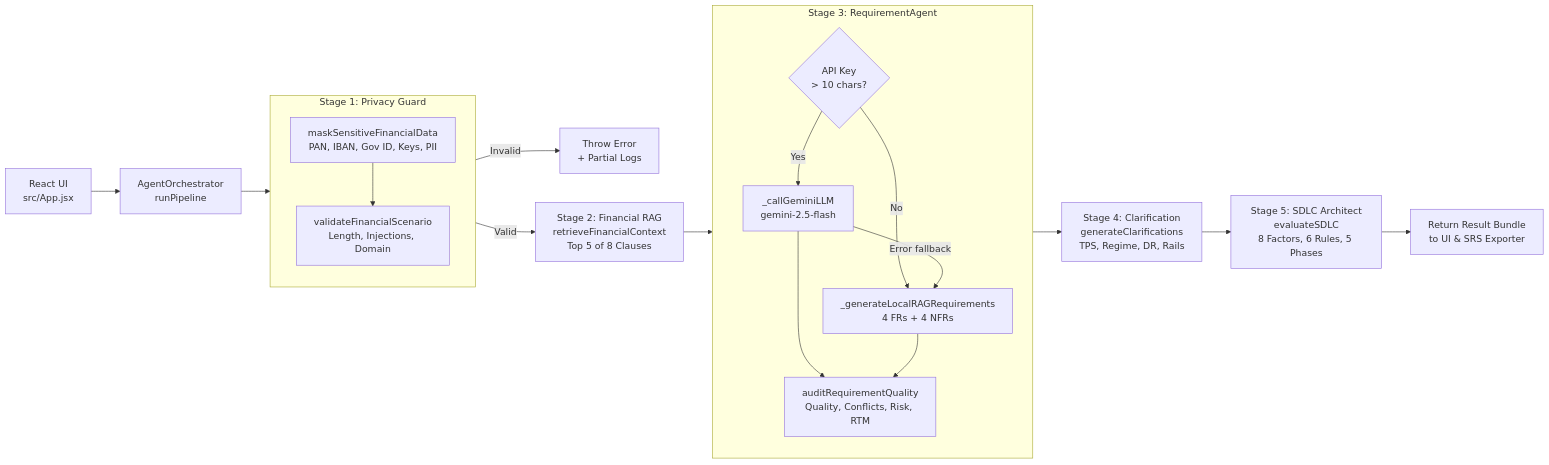
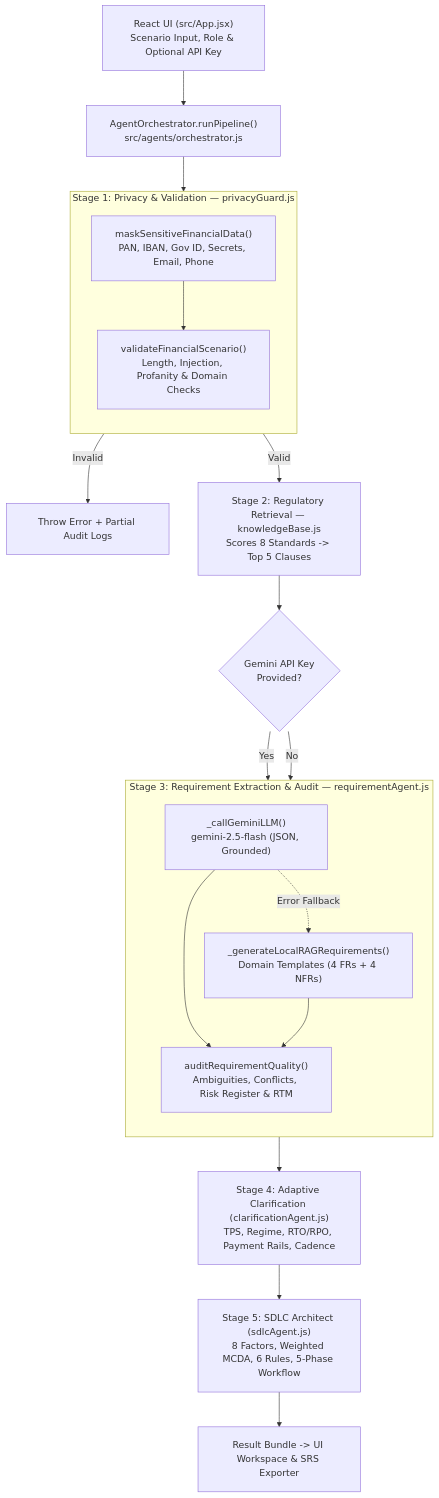
One commit to shivamkumar87/finreq-ai changed the first of 2 diagrams in ARCHITECTURE.md. Above: the diagram before and after it, drawn with Mermaid. The commit also changed other lines of this file and 1 other file, not shown here.

Commit message:
docs: use spacious portrait layout for flow diagrams

````diff
--- a/ARCHITECTURE.md
+++ b/ARCHITECTURE.md
@@ -14,36 +14,38 @@
 ```mermaid
-flowchart LR
-    UI["React UI\nsrc/App.jsx"]
-    Orch["AgentOrchestrator\nrunPipeline"]
+%%{init: {'flowchart': {'rankSpacing': 60, 'nodeSpacing': 50, 'padding': 20, 'curve': 'basis'}}}%%
+flowchart TD
+    UI["React UI (src/App.jsx)\nScenario Input, Role & Optional API Key"]
+    Orch["AgentOrchestrator.runPipeline()\nsrc/agents/orchestrator.js"]
 
-    subgraph S1["Stage 1: Privacy Guard"]
+    subgraph S1["Stage 1: Privacy & Validation — privacyGuard.js"]
         direction TB
-        Mask["maskSensitiveFinancialData\nPAN, IBAN, Gov ID, Keys, PII"]
-        Val["validateFinancialScenario\nLength, Injections, Domain"]
+        Mask["maskSensitiveFinancialData()\nPAN, IBAN, Gov ID, Secrets, Email, Phone"]
+        Val["validateFinancialScenario()\nLength, Injection, Profanity & Domain Checks"]
         Mask --> Val
     end
 
-    Err["Throw Error\n+ Partial Logs"]
-    RAG["Stage 2: Financial RAG\nretrieveFinancialContext\nTop 5 of 8 Clauses"]
+    Err["Throw Error + Partial Audit Logs"]
+    RAG["Stage 2: Regulatory Retrieval — knowledgeBase.js\nScores 8 Standards -> Top 5 Clauses"]
+    Mode{"Gemini API Key\nProvided?"}
 
-    subgraph S3["Stage 3: RequirementAgent"]
+    subgraph S3["Stage 3: Requirement Extraction & Audit — requirementAgent.js"]
         direction TB
-        Mode{"API Key\n> 10 chars?"}
-        LLM["_callGeminiLLM\ngemini-2.5-flash"]
-        Local["_generateLocalRAGRequirements\n4 FRs + 4 NFRs"]
-        Audit["auditRequirementQuality\nQuality, Conflicts, Risk, RTM"]
-        Mode -->|Yes| LLM
-        Mode -->|No| Local
-        LLM -->|Error fallback| Local
+        LLM["_callGeminiLLM()\ngemini-2.5-flash (JSON, Grounded)"]
+        Local["_generateLocalRAGRequirements()\nDomain Templates (4 FRs + 4 NFRs)"]
+        Audit["auditRequirementQuality()\nAmbiguities, Conflicts, Risk Register & RTM"]
         LLM --> Audit
         Local --> Audit
     end
 
-    Clarify["Stage 4: Clarification\ngenerateClarifications\nTPS, Regime, DR, Rails"]
-    SDLC["Stage 5: SDLC Architect\nevaluateSDLC\n8 Factors, 6 Rules, 5 Phases"]
-    Out["Return Result Bundle\nto UI & SRS Exporter"]
+    Clarify["Stage 4: Adaptive Clarification (clarificationAgent.js)\nTPS, Regime, RTO/RPO, Payment Rails, Cadence"]
+    SDLC["Stage 5: SDLC Architect (sdlcAgent.js)\n8 Factors, Weighted MCDA, 6 Rules, 5-Phase Workflow"]
+    Out["Result Bundle -> UI Workspace & SRS Exporter"]
 
-    UI --> Orch --> S1
-    Val -->|Invalid| Err
-    Val -->|Valid| RAG --> S3 --> Clarify --> SDLC --> Out
+    UI --> Orch --> Mask
+    Val -->|"Invalid"| Err
+    Val -->|"Valid"| RAG --> Mode
+    Mode -->|"Yes"| LLM
+    Mode -->|"No"| Local
+    LLM -.->|"Error Fallback"| Local
+    Audit --> Clarify --> SDLC --> Out
 ```
````
